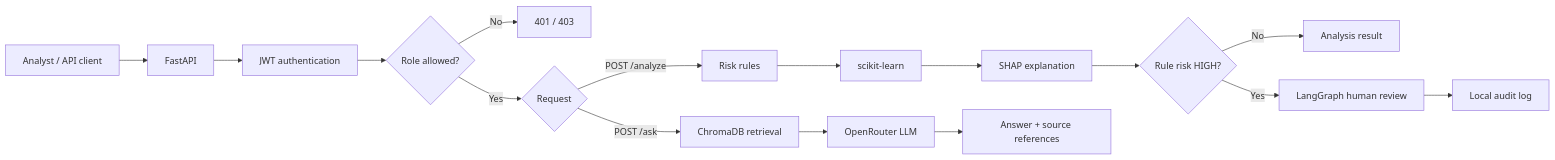
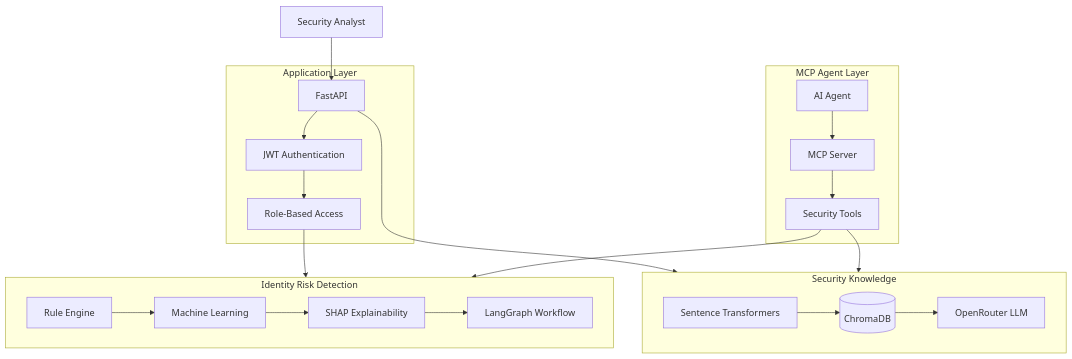
One commit to Mohsen-hub01/identityshield-ai changed the first of 12 diagrams in README.md. Above: the diagram before and after it, drawn with Mermaid. The commit also changed other lines of this file and 8 other files, not shown here.

Commit message:
docs: update project documentation and architecture diagrams

````diff
--- a/README.md
+++ b/README.md
@@ -35,18 +61,47 @@
 ```mermaid
-flowchart LR
-    CLIENT[Analyst / API client] --> API[FastAPI]
-    API --> AUTH[JWT authentication]
-    AUTH --> RBAC{Role allowed?}
-    RBAC -- No --> DENY[401 / 403]
-    RBAC -- Yes --> ROUTER{Request}
-    ROUTER -->|POST /analyze| RULES[Risk rules]
-    RULES --> ML[scikit-learn]
-    ML --> SHAP[SHAP explanation]
-    SHAP --> ROUTE{Rule risk HIGH?}
-    ROUTE -- No --> RESULT[Analysis result]
-    ROUTE -- Yes --> REVIEW[LangGraph human review]
-    REVIEW --> AUDIT[Local audit log]
-    ROUTER -->|POST /ask| RETRIEVER[ChromaDB retrieval]
-    RETRIEVER --> LLM[OpenRouter LLM]
-    LLM --> ANSWER[Answer + source references]
+flowchart TB
+    USER["Security Analyst"]
+
+    subgraph APP["Application Layer"]
+        API["FastAPI"]
+        AUTH["JWT Authentication"]
+        RBAC["Role-Based Access"]
+    end
+
+    subgraph DETECTION["Identity Risk Detection"]
+        RULES["Rule Engine"]
+        ML["Machine Learning"]
+        SHAP["SHAP Explainability"]
+        GRAPH["LangGraph Workflow"]
+    end
+
+    subgraph KNOWLEDGE["Security Knowledge"]
+        EMB["Sentence Transformers"]
+        DB[("ChromaDB")]
+        LLM["OpenRouter LLM"]
+    end
+
+    subgraph AGENT["MCP Agent Layer"]
+        AGENTCORE["AI Agent"]
+        MCP["MCP Server"]
+        TOOLS["Security Tools"]
+    end
+
+    USER --> API
+    API --> AUTH
+    AUTH --> RBAC
+
+    RBAC --> DETECTION
+    RULES --> ML
+    ML --> SHAP
+    SHAP --> GRAPH
+
+    API --> KNOWLEDGE
+    EMB --> DB
+    DB --> LLM
+
+    AGENTCORE --> MCP
+    MCP --> TOOLS
+    TOOLS --> DETECTION
+    TOOLS --> KNOWLEDGE
 ```
````
